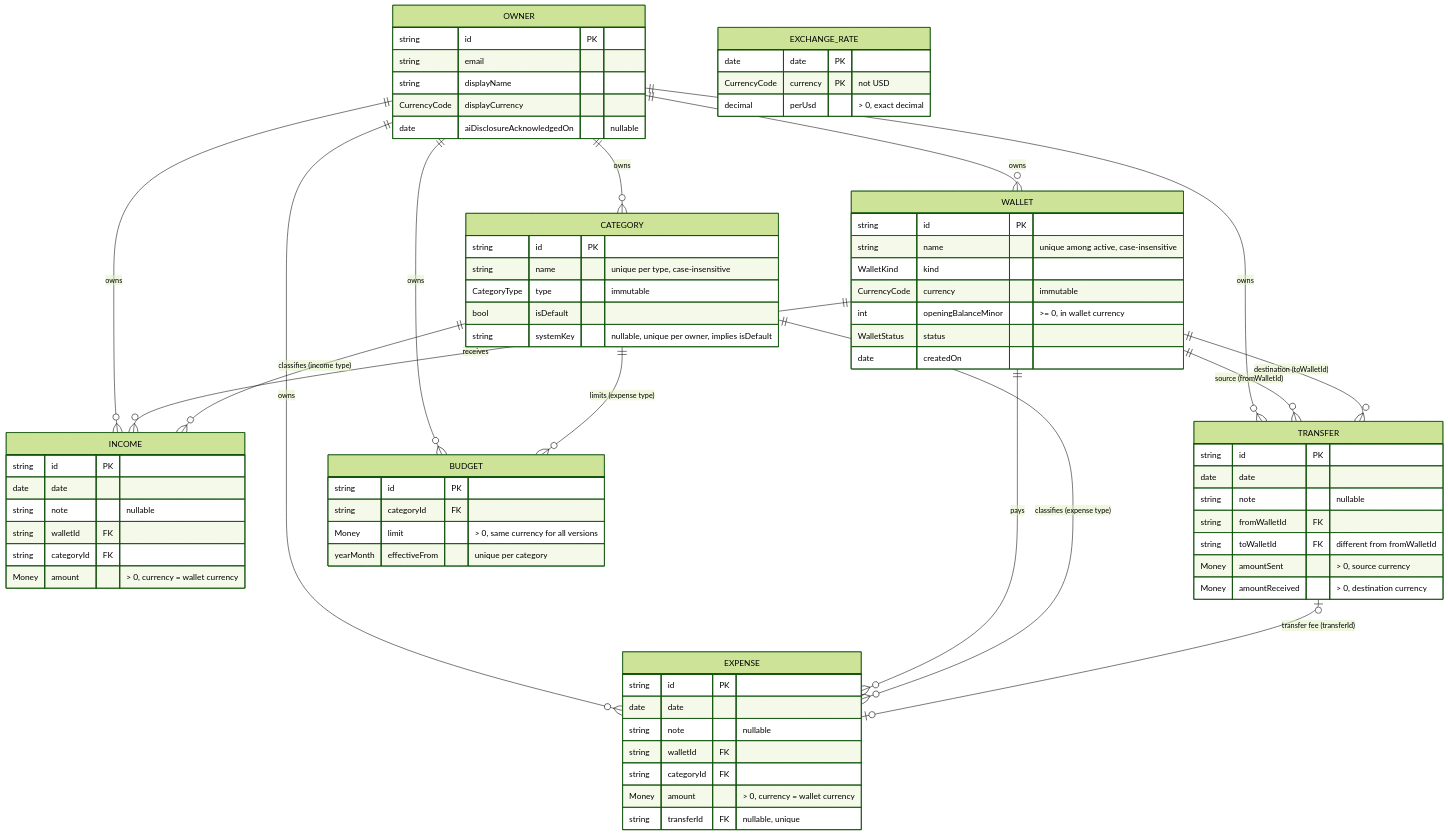
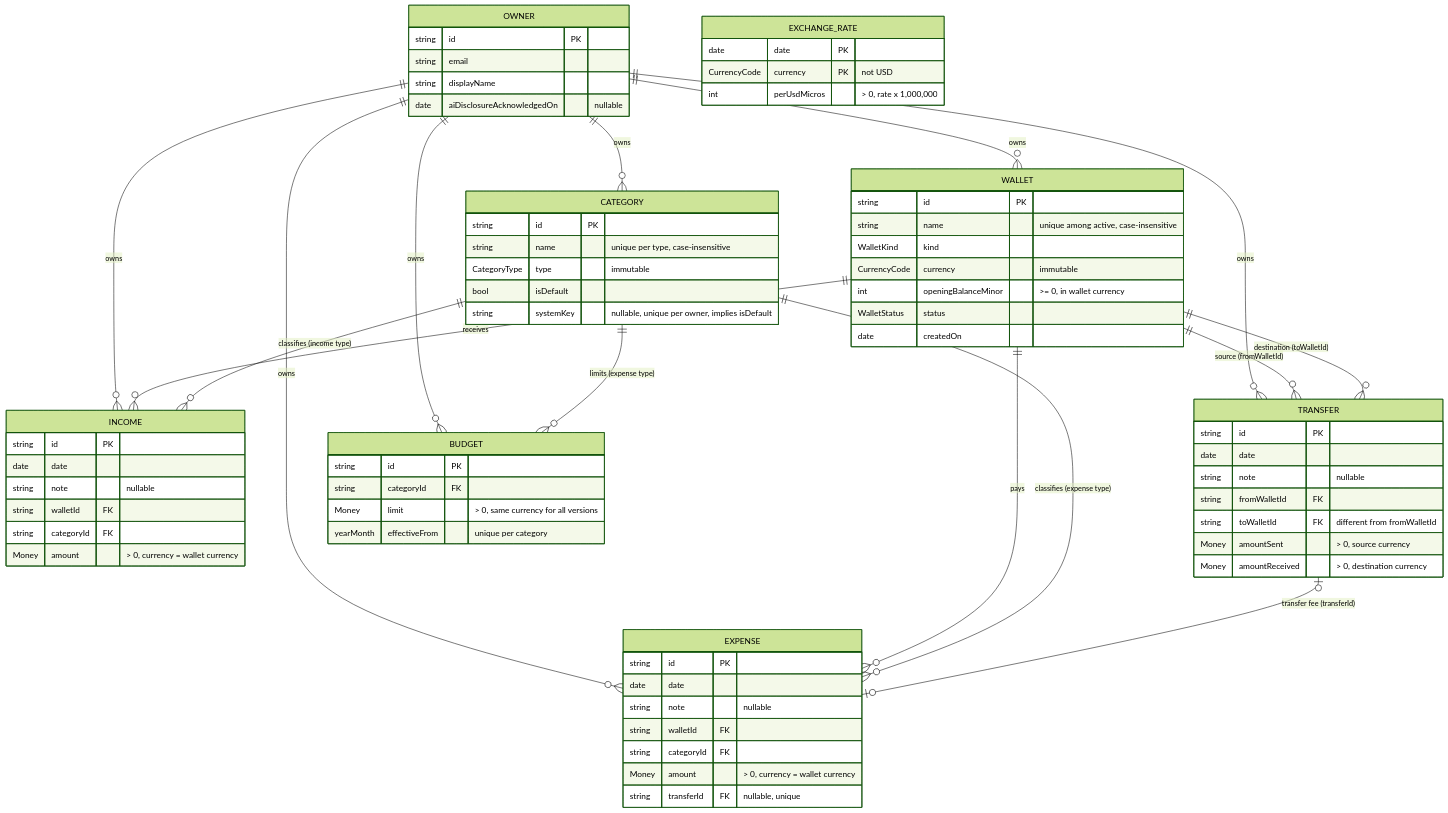
One commit to FadiAbdAlJawwad/FinTrack-AI changed the first of 7 diagrams in docs/03-domain.md. Above: the diagram before and after it, drawn with Mermaid (forest theme). The commit also changed other lines of this file and 11 other files, not shown here.

````diff
--- a/docs/03-domain.md
+++ b/docs/03-domain.md
@@ -62,81 +63,80 @@
 ```mermaid
 erDiagram
     OWNER ||--o{ WALLET : owns
     OWNER ||--o{ CATEGORY : owns
     OWNER ||--o{ INCOME : owns
     OWNER ||--o{ EXPENSE : owns
     OWNER ||--o{ TRANSFER : owns
     OWNER ||--o{ BUDGET : owns
 
     WALLET ||--o{ INCOME : receives
     WALLET ||--o{ EXPENSE : pays
     WALLET ||--o{ TRANSFER : "source (fromWalletId)"
     WALLET ||--o{ TRANSFER : "destination (toWalletId)"
 
     CATEGORY ||--o{ INCOME : "classifies (income type)"
     CATEGORY ||--o{ EXPENSE : "classifies (expense type)"
     CATEGORY ||--o{ BUDGET : "limits (expense type)"
 
     TRANSFER |o--o| EXPENSE : "transfer fee (transferId)"
 
     OWNER {
         string id PK
         string email
         string displayName
-        CurrencyCode displayCurrency
         date aiDisclosureAcknowledgedOn "nullable"
     }
     WALLET {
         string id PK
         string name "unique among active, case-insensitive"
         WalletKind kind
         CurrencyCode currency "immutable"
         int openingBalanceMinor ">= 0, in wallet currency"
         WalletStatus status
         date createdOn
     }
     CATEGORY {
         string id PK
         string name "unique per type, case-insensitive"
         CategoryType type "immutable"
         bool isDefault
         string systemKey "nullable, unique per owner, implies isDefault"
     }
     INCOME {
         string id PK
         date date
         string note "nullable"
         string walletId FK
         string categoryId FK
         Money amount "> 0, currency = wallet currency"
     }
     EXPENSE {
         string id PK
         date date
         string note "nullable"
         string walletId FK
         string categoryId FK
         Money amount "> 0, currency = wallet currency"
         string transferId FK "nullable, unique"
     }
     TRANSFER {
         string id PK
         date date
         string note "nullable"
         string fromWalletId FK
         string toWalletId FK "different from fromWalletId"
         Money amountSent "> 0, source currency"
         Money amountReceived "> 0, destination currency"
     }
     BUDGET {
         string id PK
         string categoryId FK
         Money limit "> 0, same currency for all versions"
         yearMonth effectiveFrom "unique per category"
     }
     EXCHANGE_RATE {
         date date PK
         CurrencyCode currency PK "not USD"
-        decimal perUsd "> 0, exact decimal"
+        int perUsdMicros "> 0, rate x 1,000,000"
     }
 ```
````
